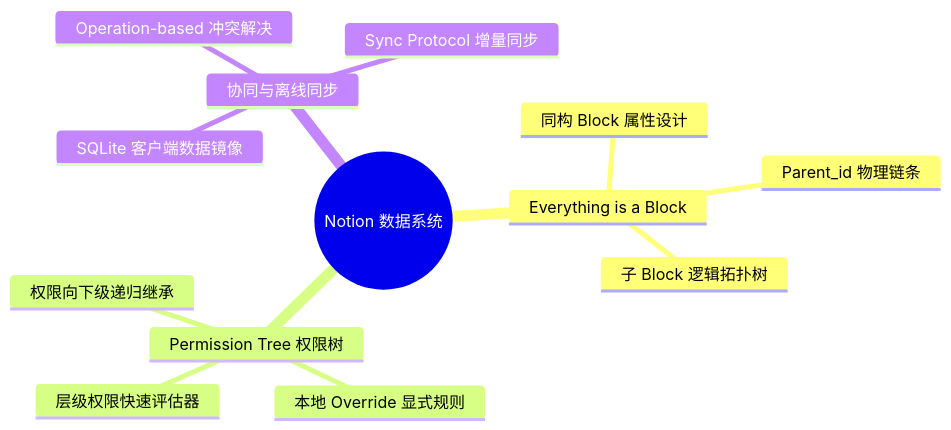
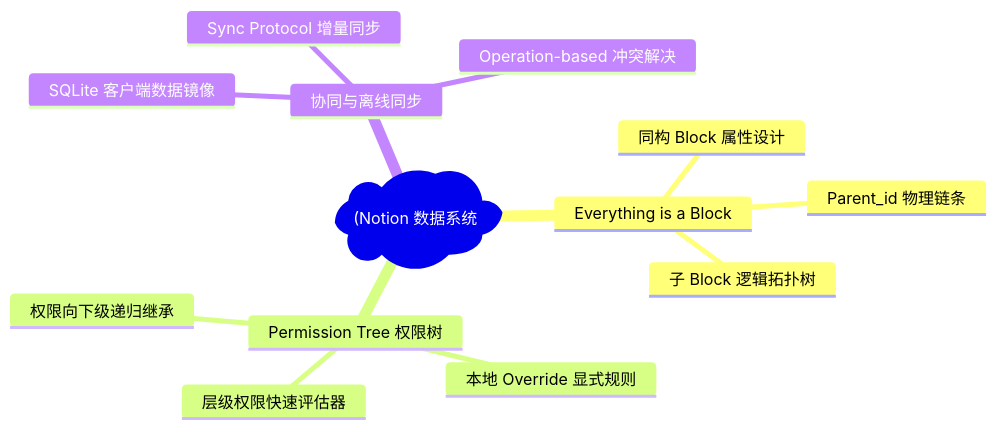
The first of 7 diagrams in docs/atlas/notion.mdx (koosai/AI-Architect-Learning), drawn with Mermaid before and after one commit. The commit also changed other lines of this file and 187 other files, not shown here.

Commit message:
fix(mermaid): fix all unquoted parens and edge label syntax errors across all docs

````diff
--- a/docs/atlas/notion.mdx
+++ b/docs/atlas/notion.mdx
@@ -67,16 +67,16 @@
 ```mermaid
 mindmap
-  root((Notion 数据系统))
+  root("(Notion 数据系统"))
     Everything is a Block
       同构 Block 属性设计
       Parent_id 物理链条
       子 Block 逻辑拓扑树
     Permission Tree 权限树
       权限向下级递归继承
       本地 Override 显式规则
       层级权限快速评估器
     协同与离线同步
       SQLite 客户端数据镜像
       Sync Protocol 增量同步
       Operation-based 冲突解决
 ```
````
